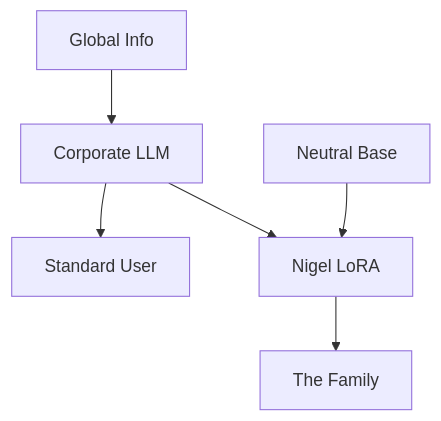
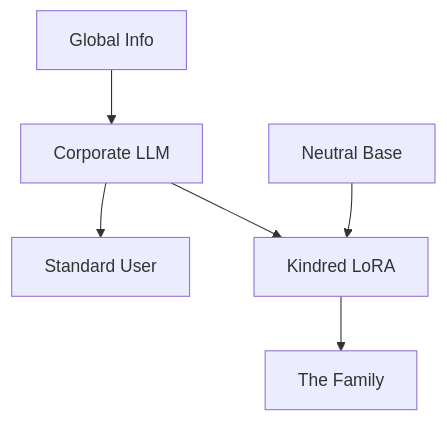
Before and after one commit to nigelianburton/kindred_spirit: the diagram in README.md, drawn with Mermaid. The commit also changed other lines of this file, not shown here.

Commit message:
Replace 'nigel' with 'kindred' in all file references

````diff
--- a/README.md
+++ b/README.md
@@ -40,8 +40,8 @@
 ```mermaid
 graph TD;
     A[Global Info]-->B[Corporate LLM];
     B-->C[Standard User];
-    D[Neutral Base]-->E[Nigel LoRA];
+    D[Neutral Base]-->E[Kindred LoRA];
     E-->F[The Family];
     B-->E;
 ```
````
